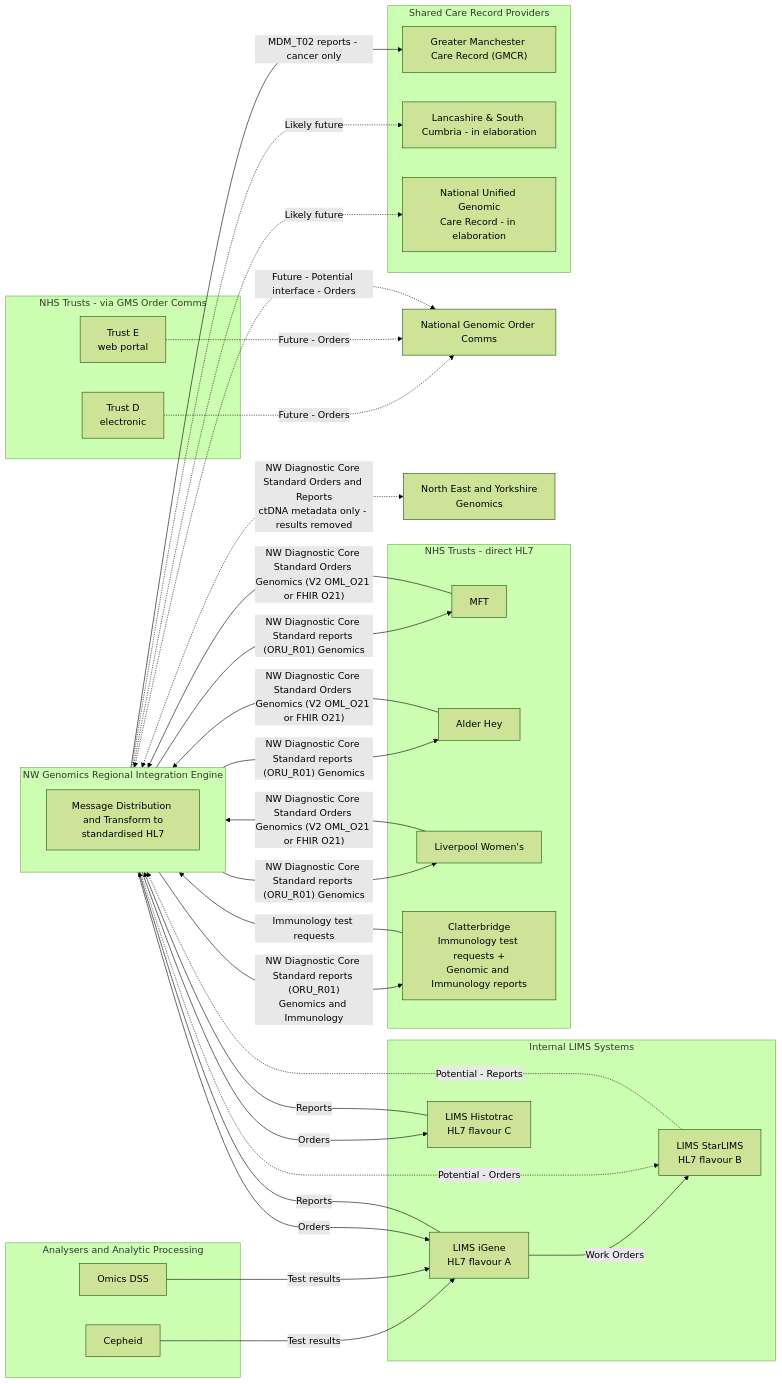
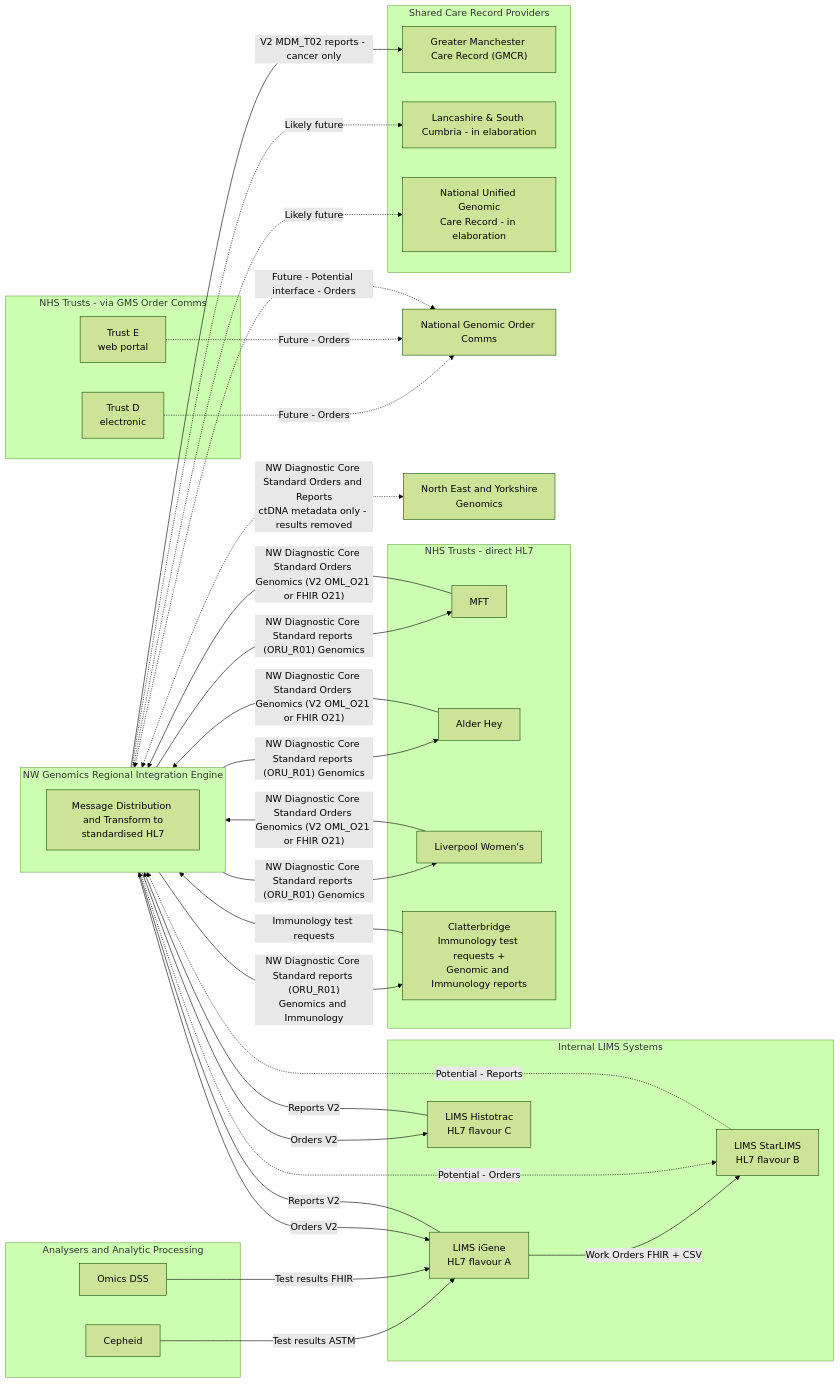
The second of 9 diagrams in input/pagecontent/overview.md (nw-gmsa/nw-gmsa.github.com), drawn with Mermaid (forest theme) before and after one commit. The commit also changed other lines of this file, not shown here.

Commit message:
Overview diagram

````diff
--- a/input/pagecontent/overview.md
+++ b/input/pagecontent/overview.md
@@ -95,72 +95,72 @@
 ```mermaid
 flowchart LR
     subgraph LIMS["Internal LIMS Systems"]
         L1[LIMS iGene<br/>HL7 flavour A]
         L2[LIMS StarLIMS<br/>HL7 flavour B]
         L3[LIMS Histotrac<br/>HL7 flavour C]
     end
 
     subgraph TestResults["Analysers and Analytic Processing"]
         CEP[Cepheid]
         ODSS[Omics DSS]
     end
 
     subgraph RIE["NW Genomics Regional Integration Engine"]
         direction TB
         T[Message Distribution and Transform to<br/>standardised HL7]
     end
 
     subgraph Trusts["NHS Trusts - direct HL7"]
         TR1[MFT]
         TR2[Alder Hey]
         TR3[Liverpool Women's]
         TR4[Clatterbridge<br/>Immunology test requests +<br/>Genomic and Immunology reports]
     end
 
     subgraph TrustsGMS["NHS Trusts - via GMS Order Comms"]
         TG1[Trust D<br/>electronic]
         TG2[Trust E<br/>web portal]
     end
 
     NOC[National Genomic Order Comms]
 
     subgraph SCR["Shared Care Record Providers"]
         SCR1["Greater Manchester Care Record (GMCR)"]
         SCR2[Lancashire & South Cumbria - in elaboration]
         SCR3[National Unified Genomic<br/>Care Record - in elaboration]
     end
 
     NEY[North East and Yorkshire<br/>Genomics]
 
-    CEP -- Test results --> L1
-    ODSS -- Test results --> L1
+    CEP -- Test results ASTM --> L1
+    ODSS -- Test results FHIR --> L1
 
-    L1 -- Work Orders --> L2
+    L1 -- Work Orders FHIR + CSV --> L2
 
-    L1 -- Reports --> RIE
+    L1 -- Reports V2 --> RIE
     L2 -. Potential - Reports .-> RIE
-    L3 -- Reports --> RIE
+    L3 -- Reports V2 --> RIE
     RIE -- "NW Diagnostic Core Standard reports (ORU_R01) Genomics" --> TR1
     RIE -- "NW Diagnostic Core Standard reports (ORU_R01) Genomics" --> TR2
     RIE -- "NW Diagnostic Core Standard reports (ORU_R01) Genomics" --> TR3
     RIE -- "NW Diagnostic Core Standard reports (ORU_R01)<br/>Genomics and Immunology" --> TR4
 
     TR1 -- "NW Diagnostic Core Standard Orders Genomics (V2 OML_O21 or FHIR O21)" --> RIE
     TR2 -- "NW Diagnostic Core Standard Orders Genomics (V2 OML_O21 or FHIR O21)" --> RIE
     TR3 -- "NW Diagnostic Core Standard Orders Genomics (V2 OML_O21 or FHIR O21)" --> RIE
     TR4 -- Immunology test requests --> RIE
-    RIE -- Orders --> L1
+    RIE -- Orders V2 --> L1
     RIE -. Potential - Orders .-> L2
-    RIE -- Orders --> L3
+    RIE -- Orders V2 --> L3
 
     RIE <-. Future - Potential interface - Orders .-> NOC
 
     TG1 -. Future - Orders .-> NOC
     TG2 -. Future - Orders .-> NOC
 
-    RIE -- MDM_T02 reports - cancer only --> SCR1
+    RIE -- V2 MDM_T02 reports - cancer only --> SCR1
     RIE -. Likely future .-> SCR2
     RIE -. Likely future .-> SCR3
 
     RIE <-. NW Diagnostic Core Standard Orders and Reports<br/>ctDNA metadata only - results removed .-> NEY
 ```
````
